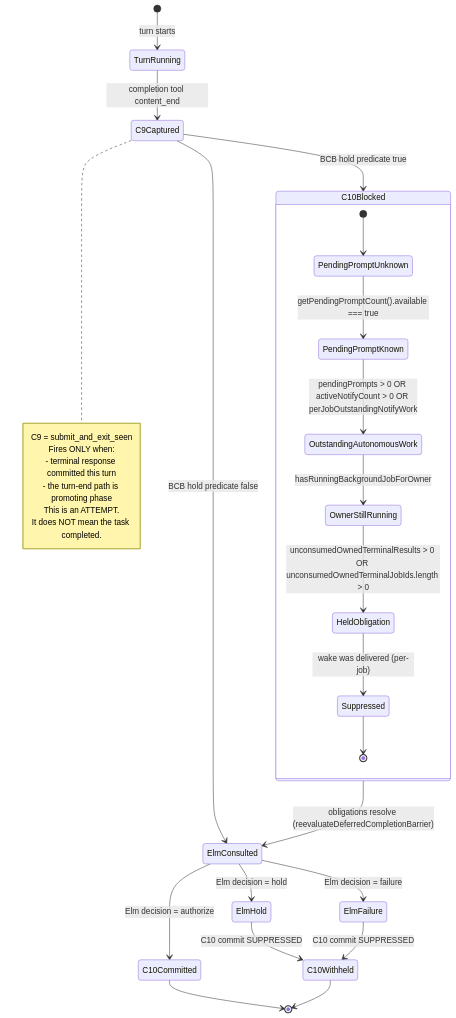
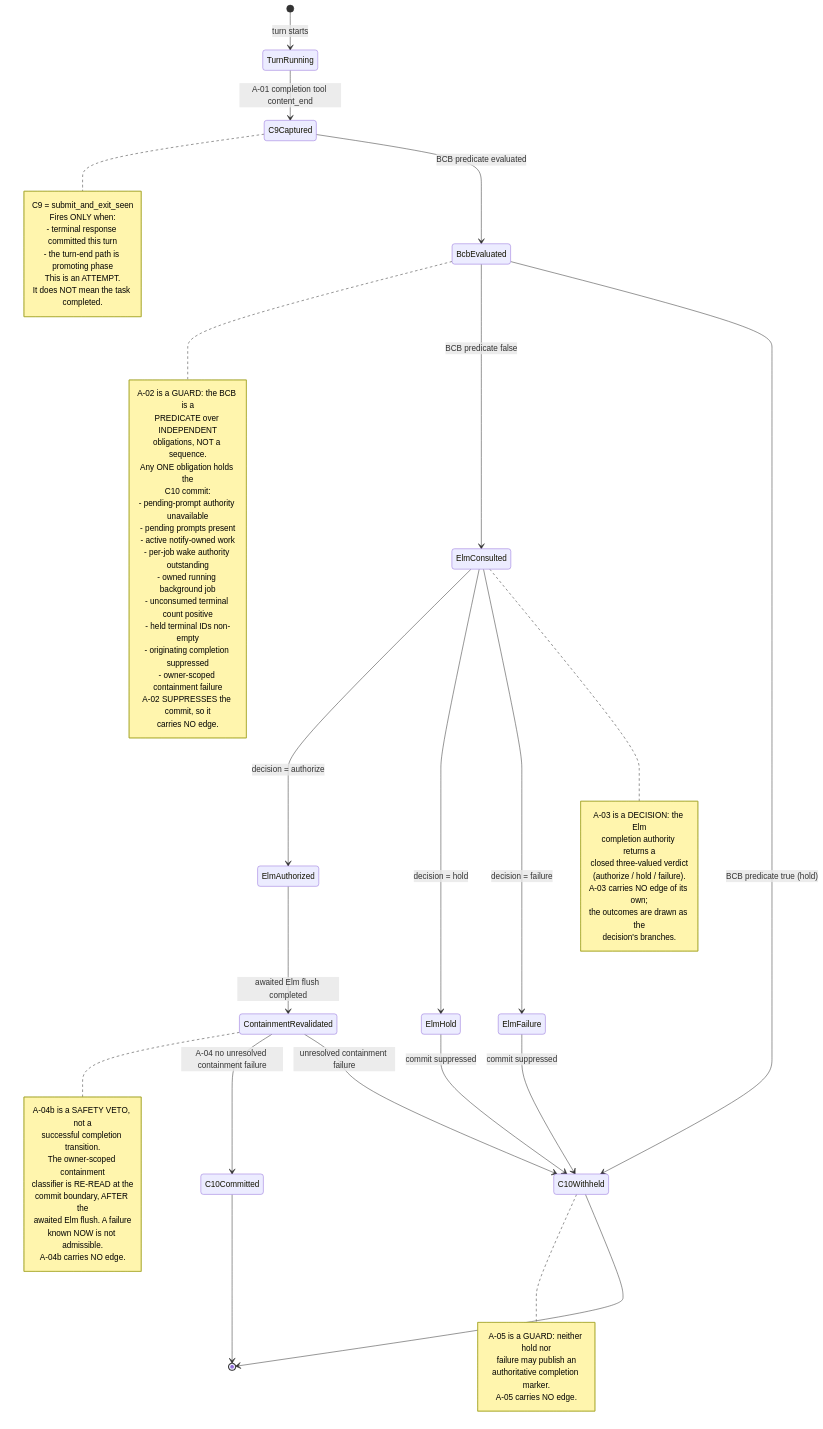
Before and after one commit to s1onique/clinemm: the diagram in docs/architecture/task-lifecycle/02-c9-bcb-elm-c10-authority.md, drawn with Mermaid. The commit also changed other lines of this file and 25 other files, not shown here.

First line of the commit message:
test(clinemm): ACT-CLINEMM-LIFECYCLE-EXECUTABLE-COMPLETION-AUTHORITY-CONTRACT01 — PASS_STRUCTURAL_ONLY

````diff
--- a/docs/architecture/task-lifecycle/02-c9-bcb-elm-c10-authority.md
+++ b/docs/architecture/task-lifecycle/02-c9-bcb-elm-c10-authority.md
@@ -18,42 +18,79 @@
 ```mermaid
 stateDiagram-v2
     direction TB
 
     [*] --> TurnRunning : turn starts
 
-    TurnRunning --> C9Captured : completion tool content_end
+    TurnRunning --> C9Captured : A-01 completion tool content_end
     note right of C9Captured
         C9 = submit_and_exit_seen
         Fires ONLY when:
           - terminal response committed this turn
           - the turn-end path is promoting phase
         This is an ATTEMPT.
         It does NOT mean the task completed.
     end note
 
-    C9Captured --> C10Blocked : BCB hold predicate true
-    C9Captured --> ElmConsulted : BCB hold predicate false
+    C9Captured --> BcbEvaluated : BCB predicate evaluated
+    note right of BcbEvaluated
+        A-02 is a GUARD: the BCB is a
+        PREDICATE over INDEPENDENT
+        obligations, NOT a sequence.
+        Any ONE obligation holds the
+        C10 commit:
+          - pending-prompt authority unavailable
+          - pending prompts present
+          - active notify-owned work
+          - per-job wake authority outstanding
+          - owned running background job
+          - unconsumed terminal count positive
+          - held terminal IDs non-empty
+          - originating completion suppressed
+          - owner-scoped containment failure
+        A-02 SUPPRESSES the commit, so it
+        carries NO edge.
+    end note
 
-    state C10Blocked {
-        direction TB
-        [*] --> PendingPromptUnknown
-        PendingPromptUnknown --> PendingPromptKnown : getPendingPromptCount().available === true
-        PendingPromptKnown --> OutstandingAutonomousWork : pendingPrompts > 0 OR activeNotifyCount > 0 OR perJobOutstandingNotifyWork
-        OutstandingAutonomousWork --> OwnerStillRunning : hasRunningBackgroundJobForOwner
-        OwnerStillRunning --> HeldObligation : unconsumedOwnedTerminalResults > 0 OR unconsumedOwnedTerminalJobIds.length > 0
-        HeldObligation --> Suppressed : wake was delivered (per-job)
-        Suppressed --> [*]
-    }
+    BcbEvaluated --> ElmConsulted : BCB predicate false
+    BcbEvaluated --> C10Withheld : BCB predicate true (hold)
 
-    C10Blocked --> ElmConsulted : obligations resolve (reevaluateDeferredCompletionBarrier)
+    ElmConsulted --> ElmAuthorized : decision = authorize
+    ElmConsulted --> ElmHold : decision = hold
+    ElmConsulted --> ElmFailure : decision = failure
+    note right of ElmConsulted
+        A-03 is a DECISION: the Elm
+        completion authority returns a
+        closed three-valued verdict
+        (authorize / hold / failure).
+        A-03 carries NO edge of its own;
+        the outcomes are drawn as the
+        decision's branches.
+    end note
 
-    ElmConsulted --> ElmHold : Elm decision = hold
-    ElmConsulted --> ElmFailure : Elm decision = failure
-    ElmConsulted --> C10Committed : Elm decision = authorize
+    ElmHold --> C10Withheld : commit suppressed
+    ElmFailure --> C10Withheld : commit suppressed
+    note right of C10Withheld
+        A-05 is a GUARD: neither hold nor
+        failure may publish an
+        authoritative completion marker.
+        A-05 carries NO edge.
+    end note
 
-    ElmHold --> C10Withheld : C10 commit SUPPRESSED
-    ElmFailure --> C10Withheld : C10 commit SUPPRESSED
+    ElmAuthorized --> ContainmentRevalidated : awaited Elm flush completed
+    note right of ContainmentRevalidated
+        A-04b is a SAFETY VETO, not a
+        successful completion transition.
+        The owner-scoped containment
+        classifier is RE-READ at the
+        commit boundary, AFTER the
+        awaited Elm flush. A failure
+        known NOW is not admissible.
+        A-04b carries NO edge.
+    end note
+
+    ContainmentRevalidated --> C10Committed : A-04 no unresolved containment failure
+    ContainmentRevalidated --> C10Withheld : unresolved containment failure
 
     C10Committed --> [*]
     C10Withheld --> [*]
 ```
````
